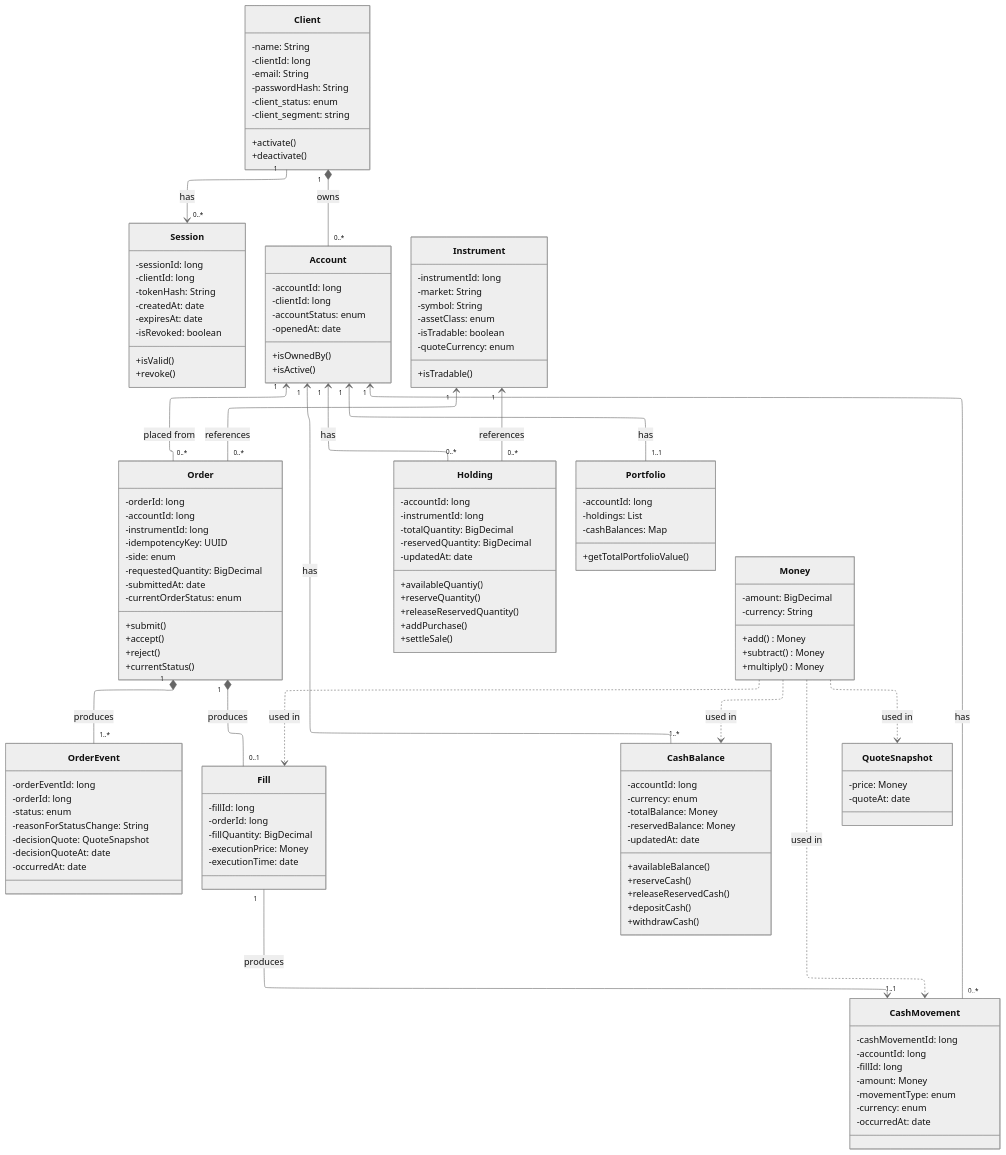
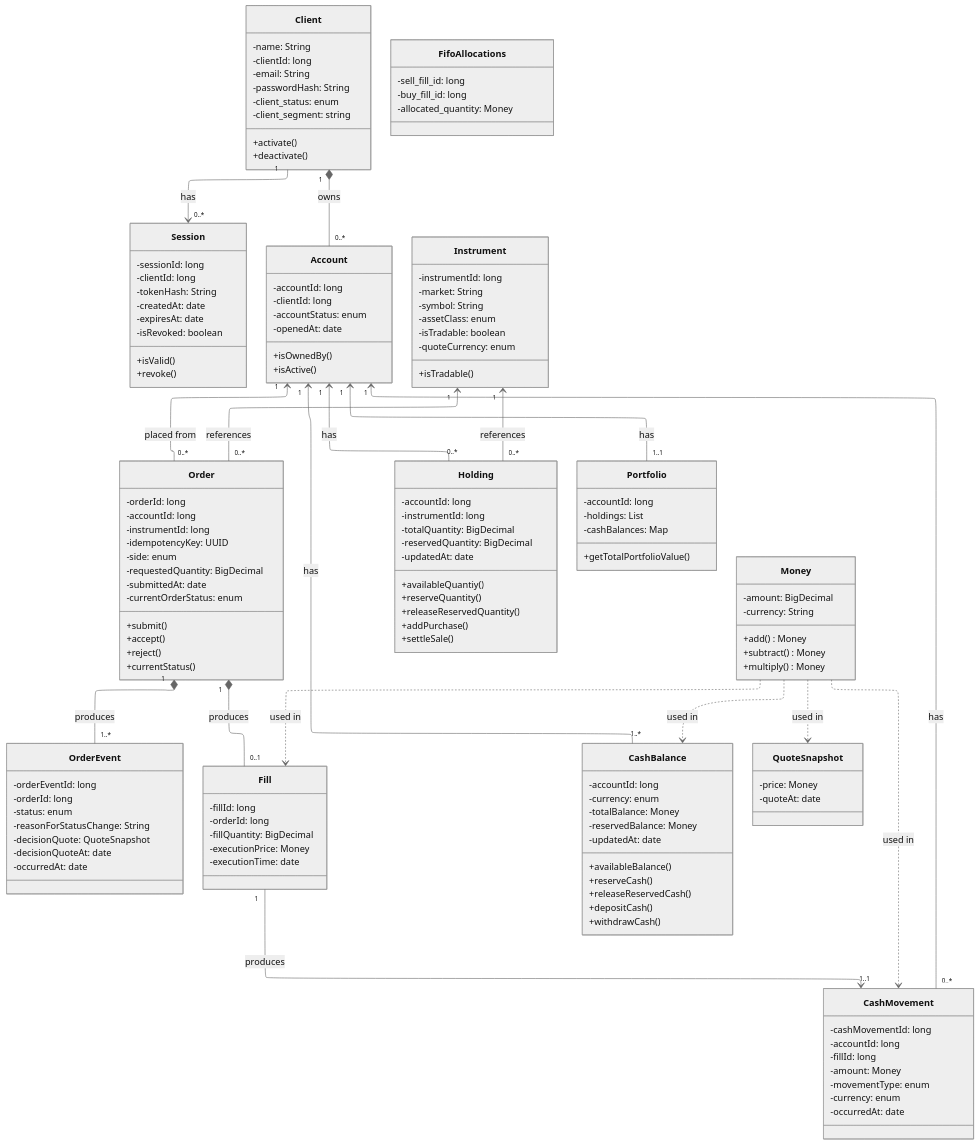
One commit to isaiah1singleton/leap-sprint1-project changed the diagram in uml_class_diagram.mmd. Above: the diagram before and after it, drawn with Mermaid (neutral theme). The commit also changed 7 other files, not shown here.

Commit message:
added fifo allocations for tax docs

```diff
--- a/uml_class_diagram.mmd
+++ b/uml_class_diagram.mmd
@@ -1,145 +1,150 @@
 ---
 config:
     layout: elk
 ---
 classDiagram
 direction TB
     class Client {
         -name: String
         -clientId: long
         -email: String
         -passwordHash: String
         -client_status: enum
         -client_segment: string
         +activate() 
         +deactivate() 
     }
     class Session {
         -sessionId: long
         -clientId: long
         -tokenHash: String
         -createdAt: date
         -expiresAt: date
         -isRevoked: boolean
         +isValid() 
         +revoke() 
     }
     class Account {
         -accountId: long
         -clientId: long
         -accountStatus: enum 
         -openedAt: date
         +isOwnedBy()
         +isActive()
     }
     class Instrument {
         -instrumentId: long
         -market: String
         -symbol: String
         -assetClass: enum
         -isTradable: boolean
         -quoteCurrency: enum
         +isTradable()
     }
     class Order {
         -orderId: long 
         -accountId: long
         -instrumentId: long
         -idempotencyKey: UUID
         -side: enum
         -requestedQuantity: BigDecimal
         -submittedAt: date
         -currentOrderStatus: enum
         +submit()
         +accept()
         +reject()
         +currentStatus()
     }
     class OrderEvent {
         -orderEventId: long
         -orderId: long
         -status: enum 
         -reasonForStatusChange: String
         -decisionQuote: QuoteSnapshot
         -decisionQuoteAt: date
         -occurredAt: date
     }
     class Fill {
         -fillId: long
         -orderId: long
         -fillQuantity: BigDecimal
         -executionPrice: Money
         -executionTime: date
     }
     class CashBalance {
         -accountId: long
         -currency: enum
         -totalBalance: Money
         -reservedBalance: Money
         -updatedAt: date
         +availableBalance()
         +reserveCash()
         +releaseReservedCash()
         +depositCash()
         +withdrawCash()
     }
     class Holding {
         -accountId: long
         -instrumentId: long
         -totalQuantity: BigDecimal
         -reservedQuantity: BigDecimal
         -updatedAt: date
         +availableQuantiy()
         +reserveQuantity()
         +releaseReservedQuantity()
         +addPurchase()
         +settleSale()
     }
     class Portfolio {
         -accountId: long
         -holdings: List<Holding>
         -cashBalances: Map<Currency, CashBalance>
         +getTotalPortfolioValue()
     }
     class CashMovement {
         -cashMovementId: long
         -accountId: long
         -fillId: long
         -amount: Money
         -movementType: enum 
         -currency: enum
         -occurredAt: date
     }
     class Money {
         -amount: BigDecimal
         -currency: String
         +add() Money
         +subtract() Money
         +multiply() Money
     }
     class QuoteSnapshot {
         -price: Money
         -quoteAt: date
     }
+    class FifoAllocations {
+        -sell_fill_id: long
+        -buy_fill_id: long
+        -allocated_quantity: Money
+    }
 
     Client "1" --> "0..*" Session : has
     Client "1" *-- "0..*" Account : owns
 
     Account "1" <-- "0..*" Order : placed from
     Account "1" <-- "1..*" CashBalance : has
     Account "1" <-- "0..*" Holding : has
     Account "1" <-- "1..1" Portfolio : has
     Account "1" <-- "0..*" CashMovement : has
 
     Instrument "1" <-- "0..*" Order : references
     Instrument "1" <-- "0..*" Holding : references
 
     Order "1" *-- "1..*" OrderEvent : produces
     Order "1" *-- "0..1" Fill : produces
 
     Fill "1" --> "1..1" CashMovement : produces
 
     Money ..> CashMovement : used in 
     Money ..> Fill : used in
     Money ..> QuoteSnapshot : used in
     Money ..> CashBalance : used in
```
